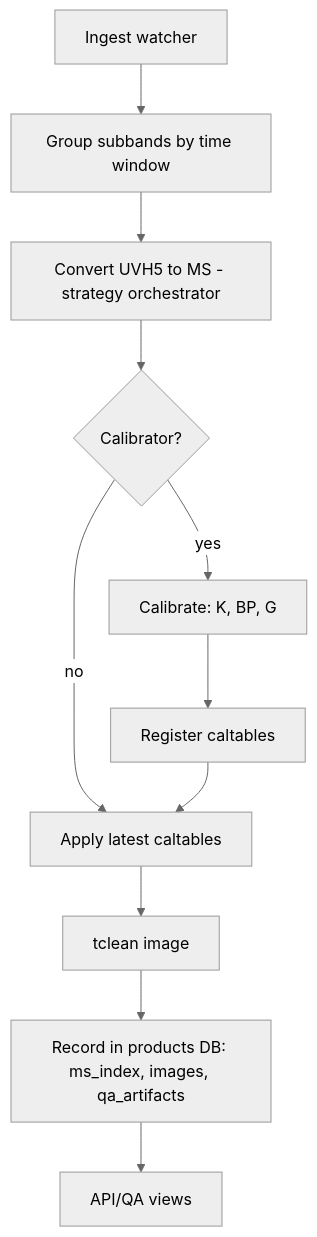
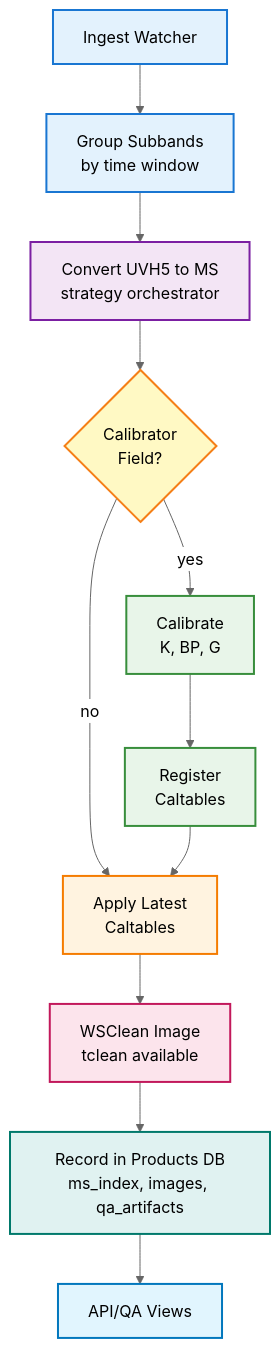
The first of 4 diagrams in docs/concepts/pipeline_overview.md (dsa110/dsa110-contimg), drawn with Mermaid (neutral theme) before and after one commit. The commit also changed other lines of this file and 423 other files, not shown here.

````diff
--- a/docs/concepts/pipeline_overview.md
+++ b/docs/concepts/pipeline_overview.md
@@ -9,13 +9,24 @@
 ```mermaid
 flowchart TB
-  Ingest[Ingest watcher] --> Group[Group subbands by time window]
-  Group --> Convert[Convert UVH5 to MS - strategy orchestrator]
-  Convert --> CalSel{Calibrator?}
-  CalSel -->|yes| Cal[Calibrate: K, BP, G]
-  CalSel -->|no| Apply[Apply latest caltables]
-  Cal --> Reg[Register caltables]
+  Ingest["Ingest Watcher"] --> Group["Group Subbands<br/>by time window"]
+  Group --> Convert["Convert UVH5 to MS<br/>strategy orchestrator"]
+  Convert --> CalSel{"Calibrator<br/>Field?"}
+  CalSel -->|yes| Cal["Calibrate<br/>K, BP, G"]
+  CalSel -->|no| Apply["Apply Latest<br/>Caltables"]
+  Cal --> Reg["Register<br/>Caltables"]
   Reg --> Apply
-  Apply --> Image[tclean image]
-  Image --> Index[Record in products DB: ms_index, images, qa_artifacts]
-  Index --> API[API/QA views]
+  Apply --> Image["WSClean Image<br/>tclean available"]
+  Image --> Index["Record in Products DB<br/>ms_index, images, qa_artifacts"]
+  Index --> API["API/QA Views"]
+  
+  style Ingest fill:#E3F2FD,stroke:#1976D2,stroke-width:2px,color:#000
+  style Group fill:#E3F2FD,stroke:#1976D2,stroke-width:2px,color:#000
+  style Convert fill:#F3E5F5,stroke:#7B1FA2,stroke-width:2px,color:#000
+  style CalSel fill:#FFF9C4,stroke:#F57F17,stroke-width:2px,color:#000
+  style Cal fill:#E8F5E9,stroke:#388E3C,stroke-width:2px,color:#000
+  style Reg fill:#E8F5E9,stroke:#388E3C,stroke-width:2px,color:#000
+  style Apply fill:#FFF3E0,stroke:#F57C00,stroke-width:2px,color:#000
+  style Image fill:#FCE4EC,stroke:#C2185B,stroke-width:2px,color:#000
+  style Index fill:#E0F2F1,stroke:#00796B,stroke-width:2px,color:#000
+  style API fill:#E1F5FE,stroke:#0277BD,stroke-width:2px,color:#000
 ```
````
